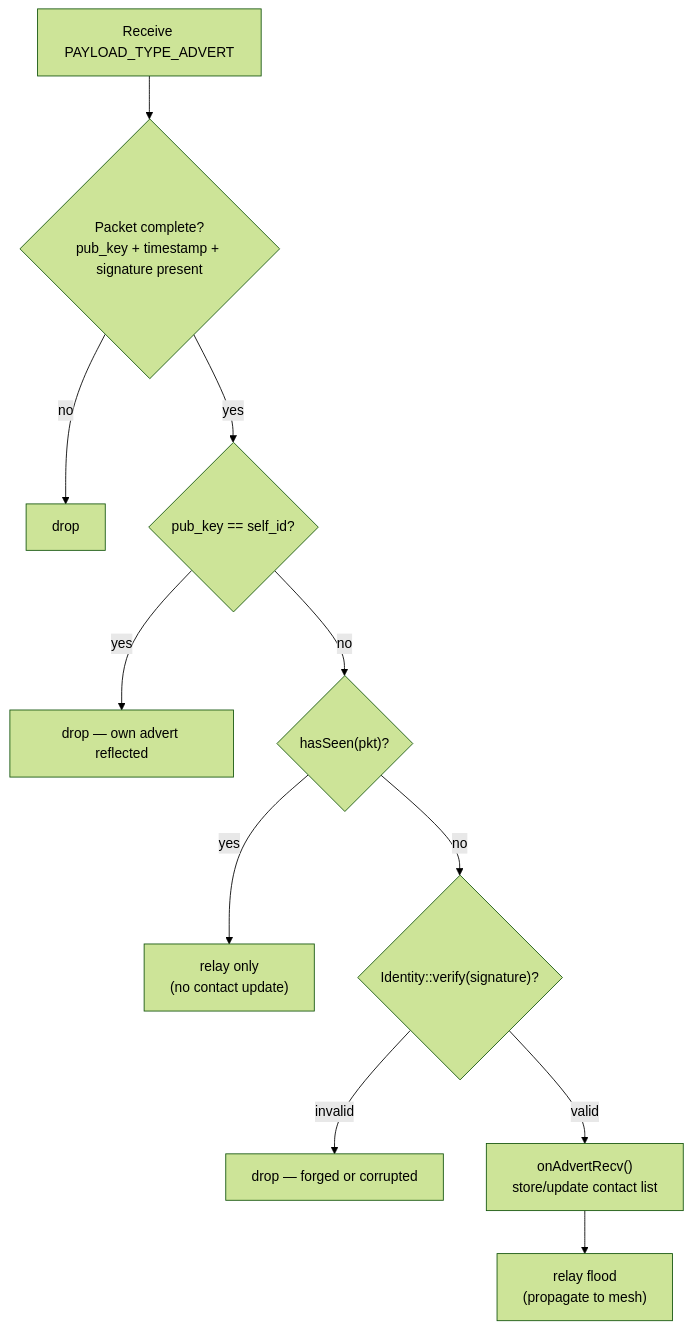
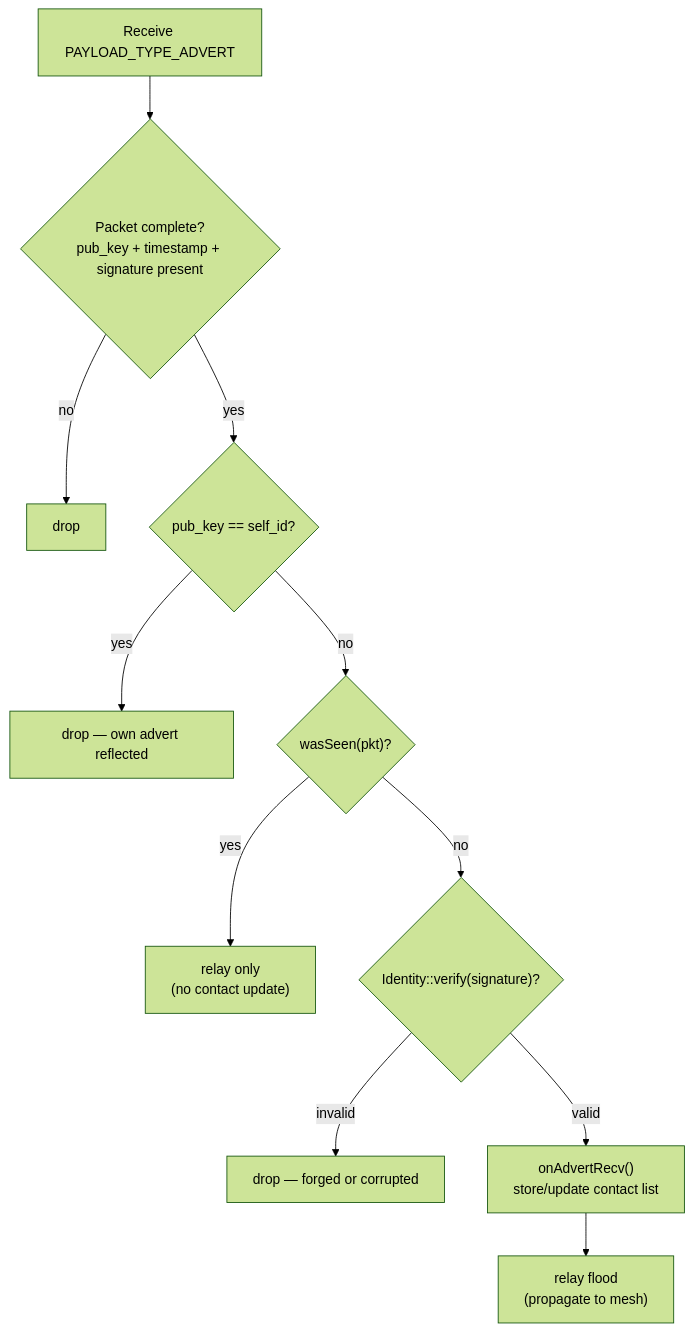
One commit to jagoda/meshcore-guide changed the diagram in docs/protocol/adverts-deep-dive.md. Above: the diagram before and after it, drawn with Mermaid (forest theme). The commit also changed other lines of this file and 4 other files, not shown here.

Commit message:
checkpoint: Phase 2 — hasSeen split into wasSeen/markSeen across 5 pages incl. Mermaid labels; mkdocs build --strict green

````diff
--- a/docs/protocol/adverts-deep-dive.md
+++ b/docs/protocol/adverts-deep-dive.md
@@ -148,13 +148,13 @@
 ```mermaid
 flowchart TD
     R["Receive PAYLOAD_TYPE_ADVERT"] --> LEN{"Packet complete?\npub_key + timestamp + signature present"}
     LEN -- no --> DROP1["drop"]
     LEN -- yes --> SELF{"pub_key == self_id?"}
     SELF -- yes --> DROP2["drop — own advert reflected"]
-    SELF -- no --> DUP{"hasSeen(pkt)?"}
+    SELF -- no --> DUP{"wasSeen(pkt)?"}
     DUP -- yes --> RELAY["relay only\n(no contact update)"]
     DUP -- no --> SIG{"Identity::verify(signature)?"}
     SIG -- invalid --> DROP3["drop — forged or corrupted"]
     SIG -- valid --> STORE["onAdvertRecv()\nstore/update contact list"]
     STORE --> RELAY2["relay flood\n(propagate to mesh)"]
 ```
````
